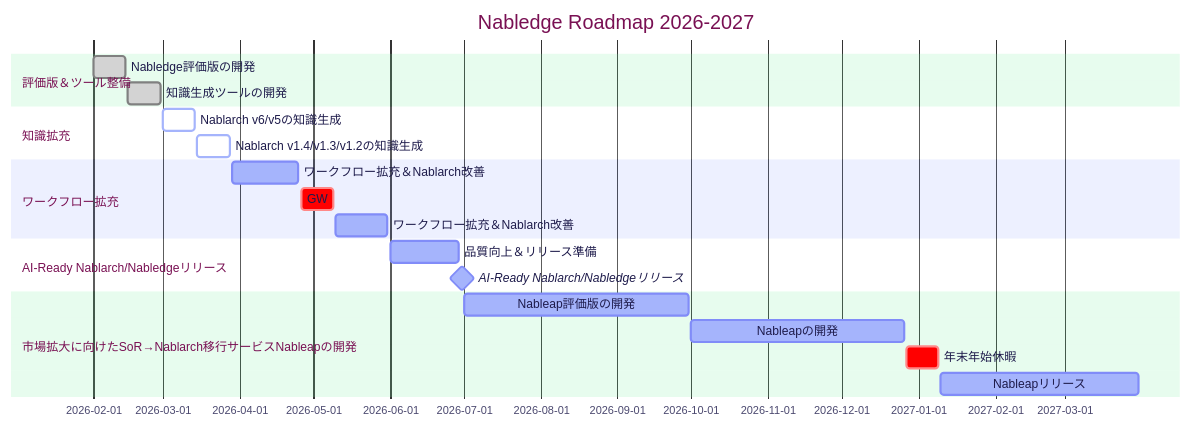
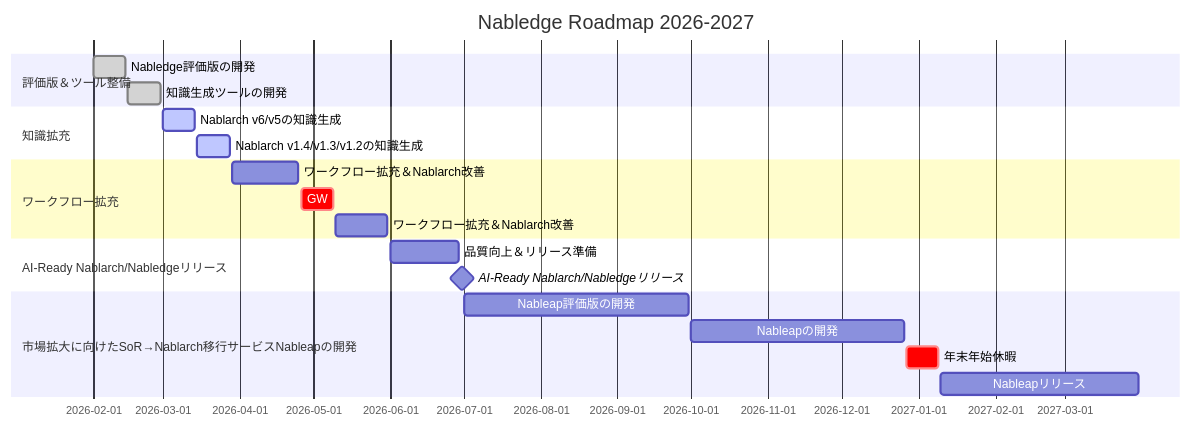
One commit to nablarch/nabledge-dev changed the diagram in doc/development-status.md. Above: the diagram before and after it, drawn with Mermaid.

Commit message:
Apply modern monotone + accent color theme
Changes to clean, sophisticated color scheme:
- Default: Light gray (#e5e7eb) - subtle and clean
- Done: Dark gray (#6b7280) - completed tasks
- Active: Indigo (#4f46e5) - accent for current work
- Crit: Amber (#f59e0b) - accent for holidays
- Background: White with subtle gray grid
- Typography: System fonts for crisp rendering

Creates a GitHub/Notion-style professional appearance.

````diff
--- a/doc/development-status.md
+++ b/doc/development-status.md
@@ -19,29 +19,29 @@
 ```mermaid
-%%{init: {'theme':'base', 'themeVariables': { 'primaryColor':'#a5b4fc', 'primaryTextColor':'#1e1b4b', 'primaryBorderColor':'#818cf8', 'lineColor':'#e0e7ff', 'secondaryColor':'#fbbf24', 'tertiaryColor':'#86efac', 'background':'#ffffff', 'mainBkg':'#a5b4fc', 'secondBkg':'#fbbf24', 'activeBkg':'#60a5fa', 'activeTextColor':'#ffffff', 'doneBkg':'#d1d5db', 'doneTextColor':'#6b7280', 'critBkg':'#fb923c', 'critTextColor':'#ffffff', 'todayLineColor':'#ef4444', 'gridColor':'#e5e7eb', 'fontFamily':'system-ui', 'fontSize':'14px'}}}%%
+%%{init: {'theme':'base', 'themeVariables': { 'primaryColor':'#e5e7eb', 'primaryTextColor':'#1f2937', 'primaryBorderColor':'#d1d5db', 'secondaryColor':'#f3f4f6', 'tertiaryColor':'#9ca3af', 'background':'#ffffff', 'mainBkg':'#e5e7eb', 'secondBkg':'#f9fafb', 'activeBkg':'#4f46e5', 'activeTextColor':'#ffffff', 'activeBorderColor':'#4338ca', 'doneBkg':'#6b7280', 'doneTextColor':'#ffffff', 'doneBorderColor':'#4b5563', 'critBkg':'#f59e0b', 'critTextColor':'#ffffff', 'critBorderColor':'#d97706', 'todayLineColor':'#dc2626', 'gridColor':'#f3f4f6', 'fontFamily':'-apple-system, BlinkMacSystemFont, "Segoe UI", sans-serif', 'fontSize':'13px'}}}%%
 gantt
     title Nabledge Roadmap 2026-2027
     dateFormat YYYY-MM-DD
 
     section 評価版＆ツール整備
     Nabledge評価版の開発             :done, 2026-02-01, 2026-02-14
     知識生成ツールの開発             :done, 2026-02-15, 2026-02-28
 
     section 知識拡充
     Nablarch v6/v5の知識生成        :active, 2026-03-01, 2026-03-14
     Nablarch v1.4/v1.3/v1.2の知識生成 :active, 2026-03-15, 2026-03-28
 
     section ワークフロー拡充
     ワークフロー拡充＆Nablarch改善    :2026-03-29, 2026-04-25
     GW                             :crit, 2026-04-26, 2026-05-09
     ワークフロー拡充＆Nablarch改善    :2026-05-10, 2026-05-31
 
     section AI-Ready Nablarch/Nabledgeリリース
     品質向上＆リリース準備                        :2026-06-01, 2026-06-29
     AI-Ready Nablarch/Nabledgeリリース          :milestone, 2026-06-30, 0d
 
     section 市場拡大に向けたSoR→Nablarch移行サービスNableapの開発
     Nableap評価版の開発             :2026-07-01, 2026-09-30
     Nableapの開発                  :2026-10-01, 2026-12-26
     年末年始休暇                    :crit, 2026-12-27, 2027-01-09
     Nableapリリース                :2027-01-10, 2027-03-31
 ```
````
